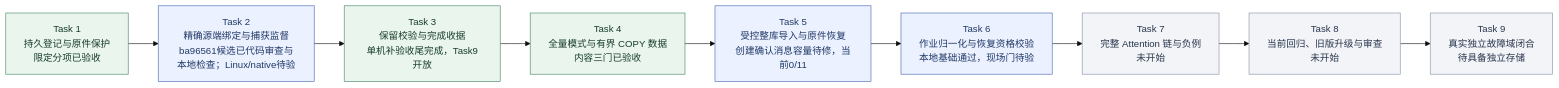
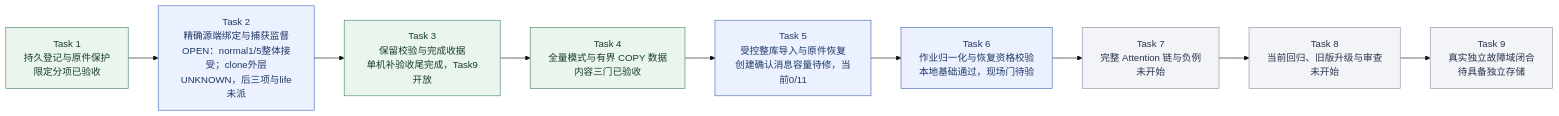
One commit to MansurnamedZhang/learning-system-p0c4 changed the second of 9 diagrams in docs/KnowWeave实施路线与系统架构.md. Above: the diagram before and after it, drawn with Mermaid (base theme). The commit also changed other lines of this file and 6 other files, not shown here.

First line of the commit message:
Publish reviewed native progress with Task2 still open

````diff
--- a/docs/KnowWeave实施路线与系统架构.md
+++ b/docs/KnowWeave实施路线与系统架构.md
@@ -72,26 +72,26 @@
 ```mermaid
 flowchart LR
     C4T1["Task 1<br/>持久登记与原件保护<br/>限定分项已验收"]
-    C4T2["Task 2<br/>精确源端绑定与捕获监督<br/>ba96561候选已代码审查与本地检查；Linux/native待验"]
+    C4T2["Task 2<br/>精确源端绑定与捕获监督<br/>OPEN：normal1/5整体接受；clone外层UNKNOWN，后三项与life未派"]
     C4T3["Task 3<br/>保留校验与完成收据<br/>单机补验收尾完成，Task9开放"]
     C4T4["Task 4<br/>全量模式与有界 COPY 数据<br/>内容三门已验收"]
     C4T5["Task 5<br/>受控整库导入与原件恢复<br/>创建确认消息容量待修，当前0/11"]
     C4T6["Task 6<br/>作业归一化与恢复资格校验<br/>本地基础通过，现场门待验"]
     C4T7["Task 7<br/>完整 Attention 链与负例<br/>未开始"]
     C4T8["Task 8<br/>当前回归、旧版升级与审查<br/>未开始"]
     C4T9["Task 9<br/>真实独立故障域闭合<br/>待具备独立存储"]
     C4T1 --> C4T2
     C4T2 --> C4T3
     C4T3 --> C4T4
     C4T4 --> C4T5
     C4T5 --> C4T6
     C4T6 --> C4T7
     C4T7 --> C4T8
     C4T8 --> C4T9
     class C4T1,C4T3,C4T4 done
     class C4T2,C4T5,C4T6 next
     class C4T7,C4T8,C4T9 planned
     classDef done fill:#eaf5ee,stroke:#438363,color:#173d2b
     classDef next fill:#ebf1ff,stroke:#4365b4,color:#203866
     classDef planned fill:#f2f4f8,stroke:#8591a3,color:#28354b
 ```
````
